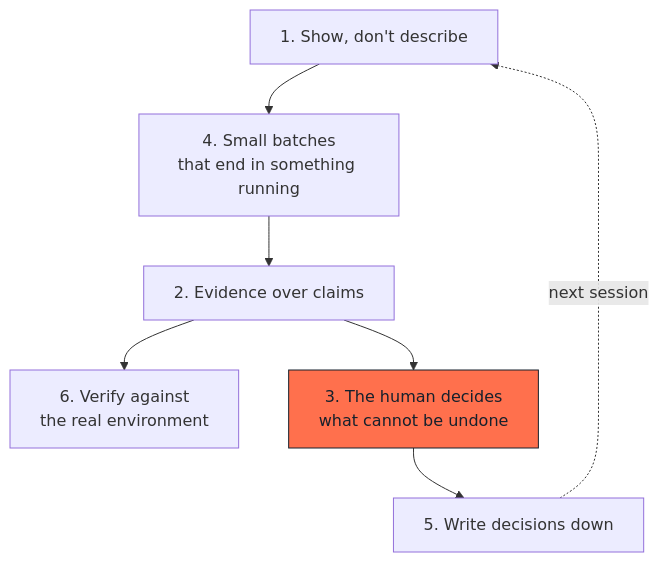
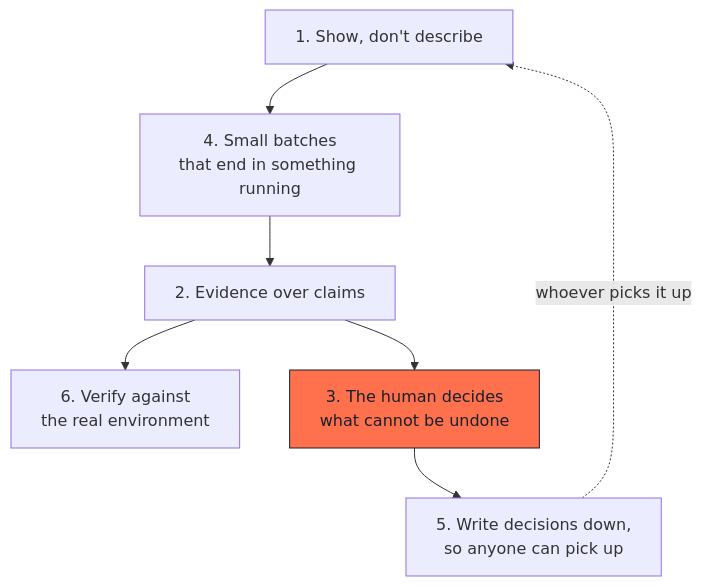
One commit to Pyro-IV/D2B-Design-to-Build changed the diagram in docs/00-principles.md. Above: the diagram before and after it, drawn with Mermaid. The commit also changed other lines of this file and 6 other files, not shown here.

````diff
--- a/docs/00-principles.md
+++ b/docs/00-principles.md
@@ -43,11 +45,11 @@
 ```mermaid
 flowchart TD
     P1["1. Show, don't describe"] --> P4["4. Small batches<br/>that end in something running"]
     P4 --> P2["2. Evidence over claims"]
     P2 --> P6["6. Verify against<br/>the real environment"]
     P2 --> P3["3. The human decides<br/>what cannot be undone"]
-    P3 --> P5["5. Write decisions down"]
-    P5 -.->|"next session"| P1
+    P3 --> P5["5. Write decisions down,<br/>so anyone can pick up"]
+    P5 -.->|"whoever picks it up"| P1
 
     style P3 fill:#ff704d,stroke:#16202c,color:#16202c
 ```
````
